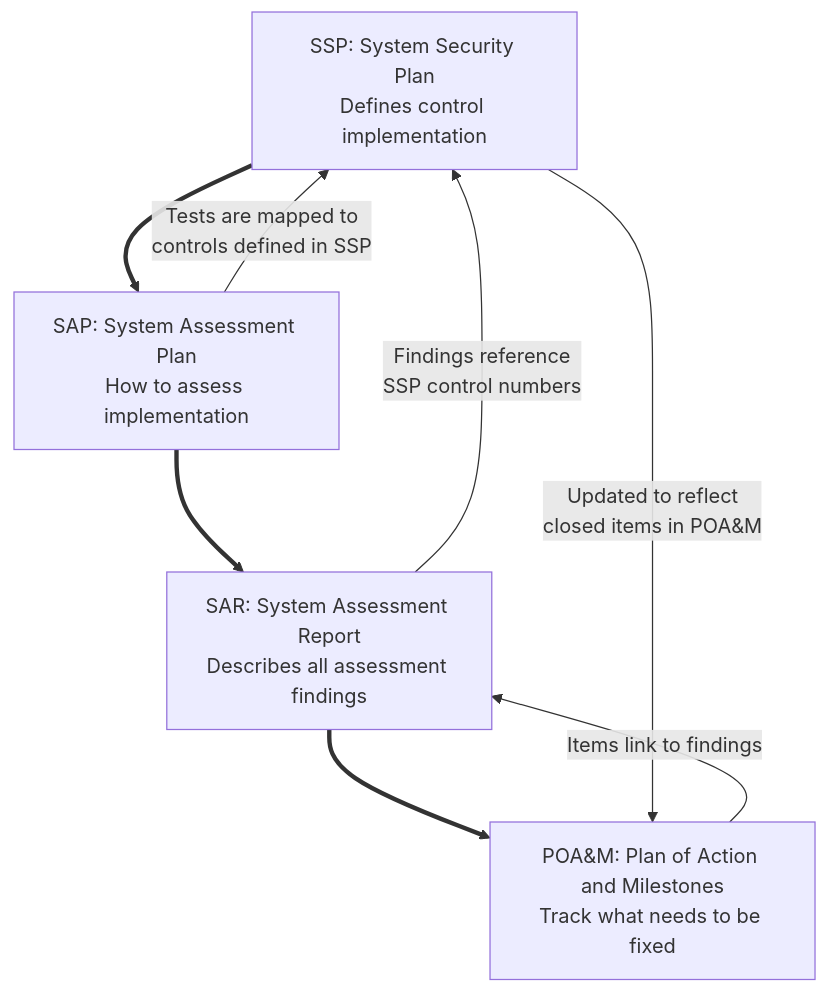
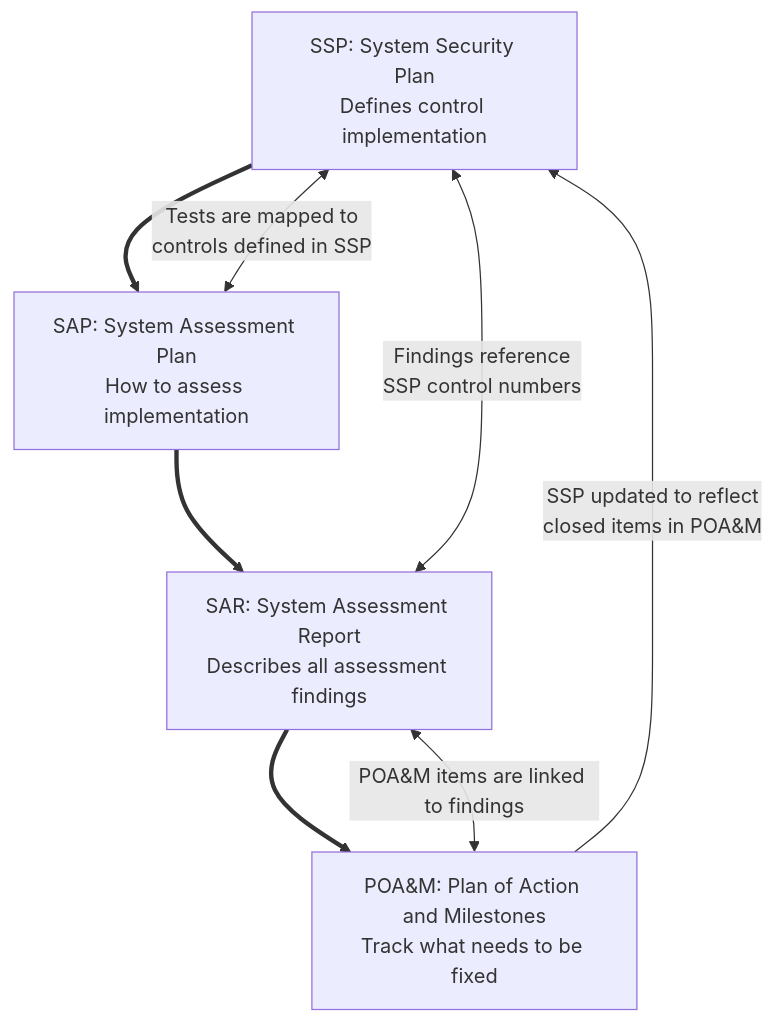
One commit to WiseGuru/MaxwellCTI changed the diagram in src/site/notes/Frameworks, Standards, and Regulations/NIST/NIST Frameworks and SPs Overview.md. Above: the diagram before and after it, drawn with Mermaid. The commit also changed 2 other files, not shown here.

Commit message:
Published multiple files

````diff
--- a/src/site/notes/Frameworks, Standards, and Regulations/NIST/NIST Frameworks and SPs Overview.md
+++ b/src/site/notes/Frameworks, Standards, and Regulations/NIST/NIST Frameworks and SPs Overview.md
@@ -65,17 +65,17 @@
 ```mermaid
 flowchart TD
 A["SSP: System Security Plan
 Defines control implementation"] ==> B[SAP: System Assessment Plan
 How to assess implementation]
 B ==> C[SAR: System Assessment Report
 Describes all assessment findings]
 C ==> D[POA&M: Plan of Action and Milestones
 Track what needs to be fixed]
-C -->|Findings reference
+C <-->|Findings reference
 SSP control numbers| A
-D -->|Items link to findings| C
-A -->|Updated to reflect
-closed items in POA&M| D
-B -->|Tests are mapped to
+D <-->|POA&M items are linked to findings| C
+D -->|SSP updated to reflect
+closed items in POA&M| A
+B <-->|Tests are mapped to
 controls defined in SSP| A
 ```
````
